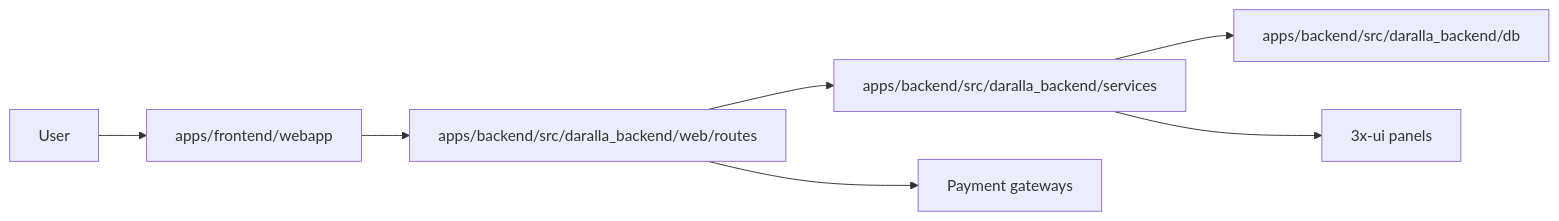
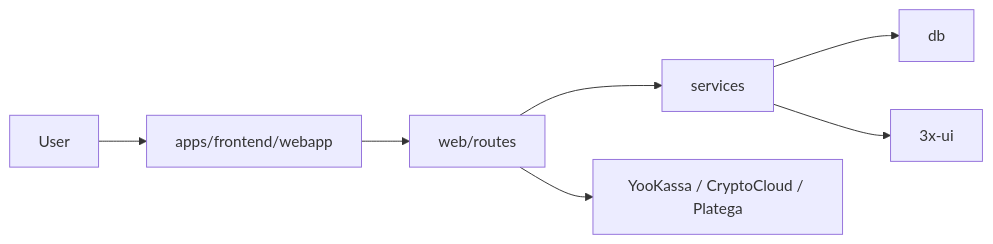
Before and after one commit to thesemeiev/Daralla: the diagram in README.md, drawn with Mermaid. The commit also changed other lines of this file and 35 other files, not shown here.

````diff
--- a/README.md
+++ b/README.md
@@ -59,17 +52,17 @@
 ```mermaid
 flowchart LR
   user[User]
   fe[apps/frontend/webapp]
-  routes[apps/backend/src/daralla_backend/web/routes]
-  services[apps/backend/src/daralla_backend/services]
-  db[apps/backend/src/daralla_backend/db]
-  xui[3x-ui panels]
-  pay[Payment gateways]
+  routes[web/routes]
+  services[services]
+  db[db]
+  xui[3x-ui]
+  pay[YooKassa / CryptoCloud / Platega]
 
   user --> fe
   fe --> routes
   routes --> services
   services --> db
   services --> xui
   routes --> pay
 ```
````
